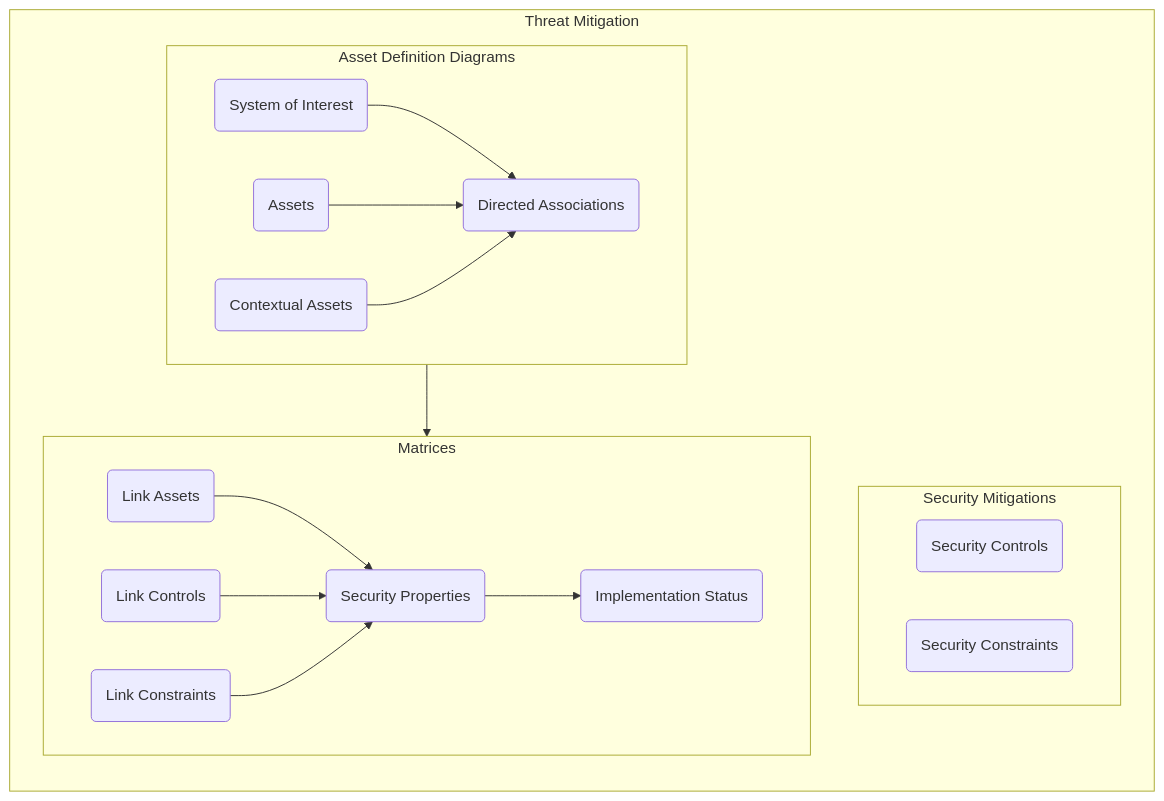
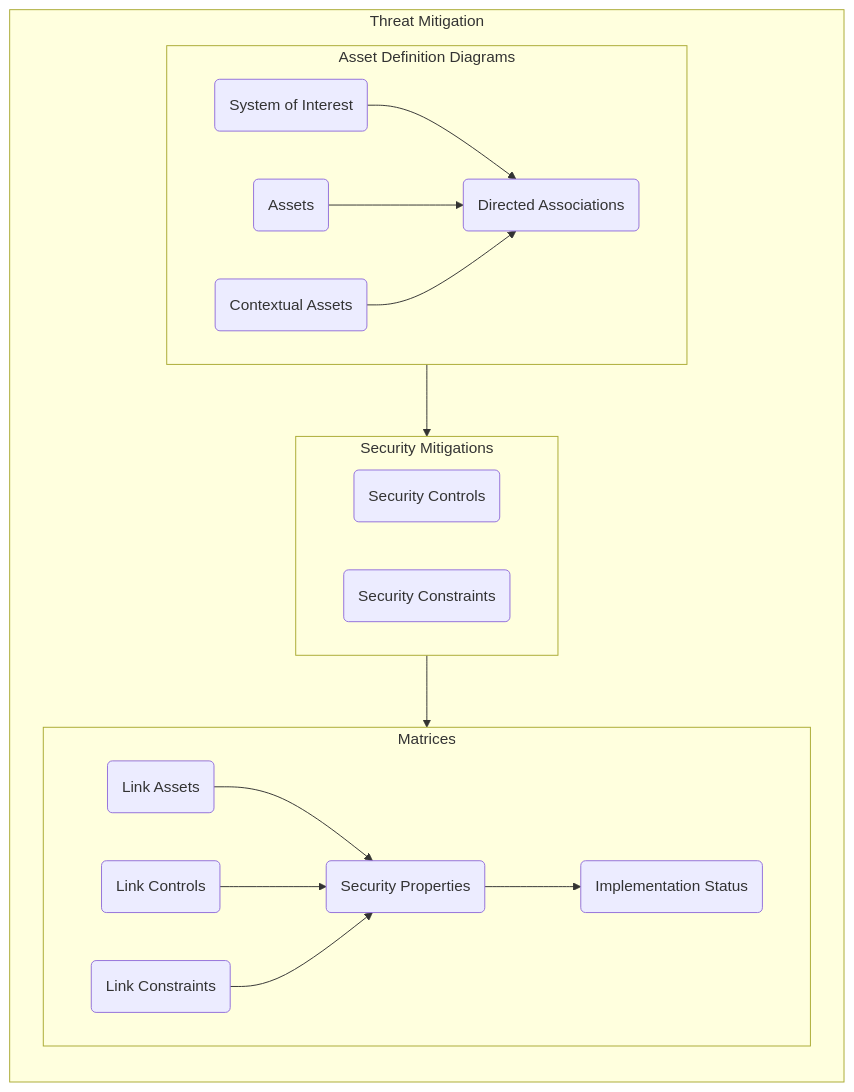
One commit to stuartfowler/CEMT changed the first of 4 diagrams in Documentation/threat-mitigation.md. Above: the diagram before and after it, drawn with Mermaid.

Commit message:
fixed diagram

````diff
--- a/Documentation/threat-mitigation.md
+++ b/Documentation/threat-mitigation.md
@@ -5,21 +5,21 @@
 ```mermaid
 flowchart TB
   subgraph TMi["Threat Mitigation"]
     direction TB
     subgraph 4["Asset Definition Diagrams"]
       4a("System of Interest") --> 4d("Directed Associations")
       4b("Assets") --> 4d
       4c("Contextual Assets") --> 4d
     end
     subgraph 6["Security Mitigations"]
       6a("Security Controls")
       6c("Security Constraints")
     end
     subgraph 5["Matrices"]
       5d("Link Assets") --> 5c("Security Properties") --> 5g("Implementation Status")
       5b("Link Controls") --> 5c
       5f("Link Constraints") --> 5c
     end
-    4 --> 5
+    4 --> 6 --> 5
   end
 ```
````
